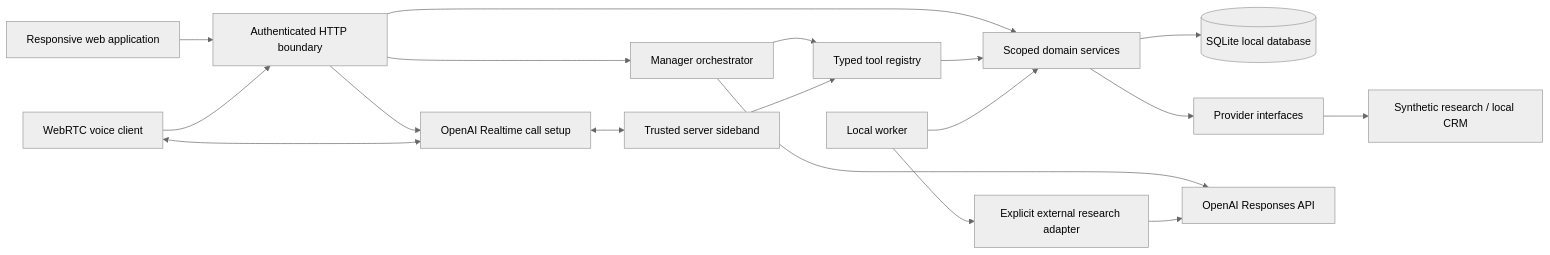
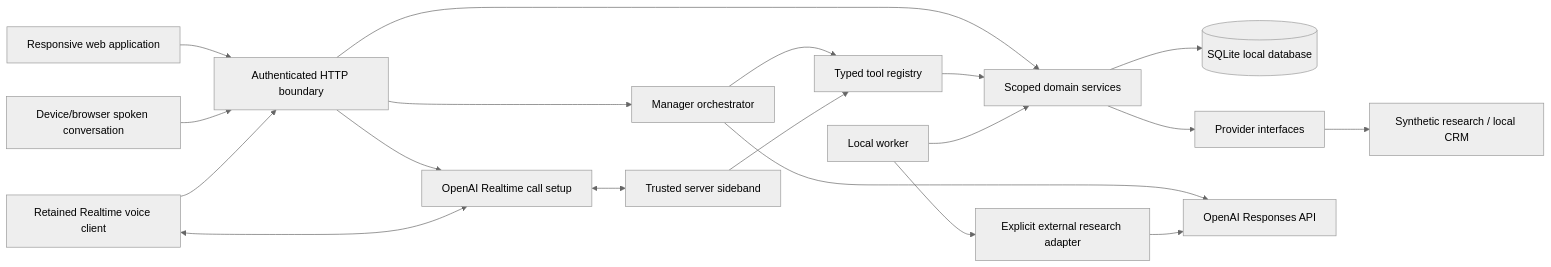
The diagram in docs/SYSTEM_ARCHITECTURE.md (TailoredAgents/AgentdeskNW), drawn with Mermaid (neutral theme) before and after one commit. The commit also changed other lines of this file and 24 other files, not shown here.

Commit message:
Add shared spoken Copilot conversation on web and mobile

````diff
--- a/docs/SYSTEM_ARCHITECTURE.md
+++ b/docs/SYSTEM_ARCHITECTURE.md
@@ -47,20 +47,21 @@
 ```mermaid
 flowchart LR
   Web[Responsive web application] --> API[Authenticated HTTP boundary]
-  Voice[WebRTC voice client] --> API
+  Speech[Device/browser spoken conversation] --> API
+  Voice[Retained Realtime voice client] --> API
   API --> Copilot[Manager orchestrator]
   API --> Services[Scoped domain services]
   Copilot --> Tools[Typed tool registry]
   Tools --> Services
   Services --> DB[(SQLite local database)]
   Worker[Local worker] --> Services
   Services --> Providers[Provider interfaces]
   Providers --> Demo[Synthetic research / local CRM]
   Copilot --> Responses[OpenAI Responses API]
   API --> Realtime[OpenAI Realtime call setup]
   Voice <--> Realtime
   Realtime <--> Sideband[Trusted server sideband]
   Sideband --> Tools
   Worker --> Research[Explicit external research adapter]
   Research --> Responses
 ```
````
